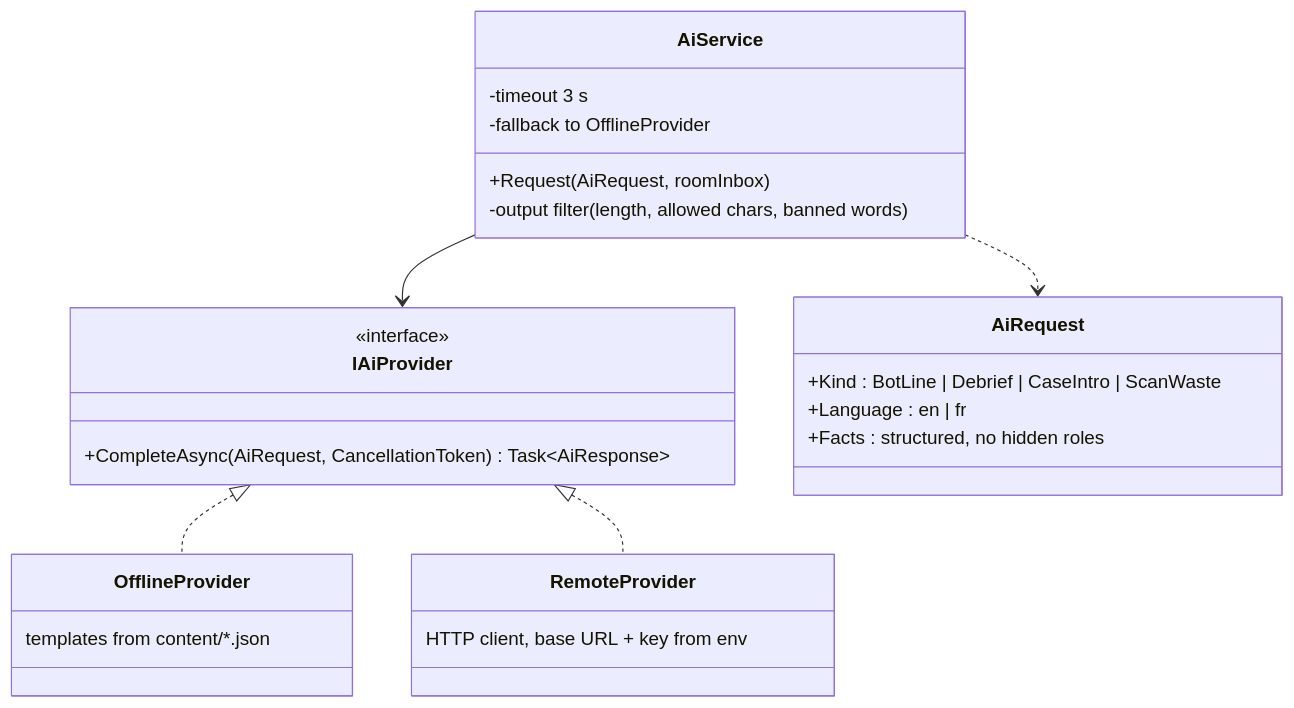
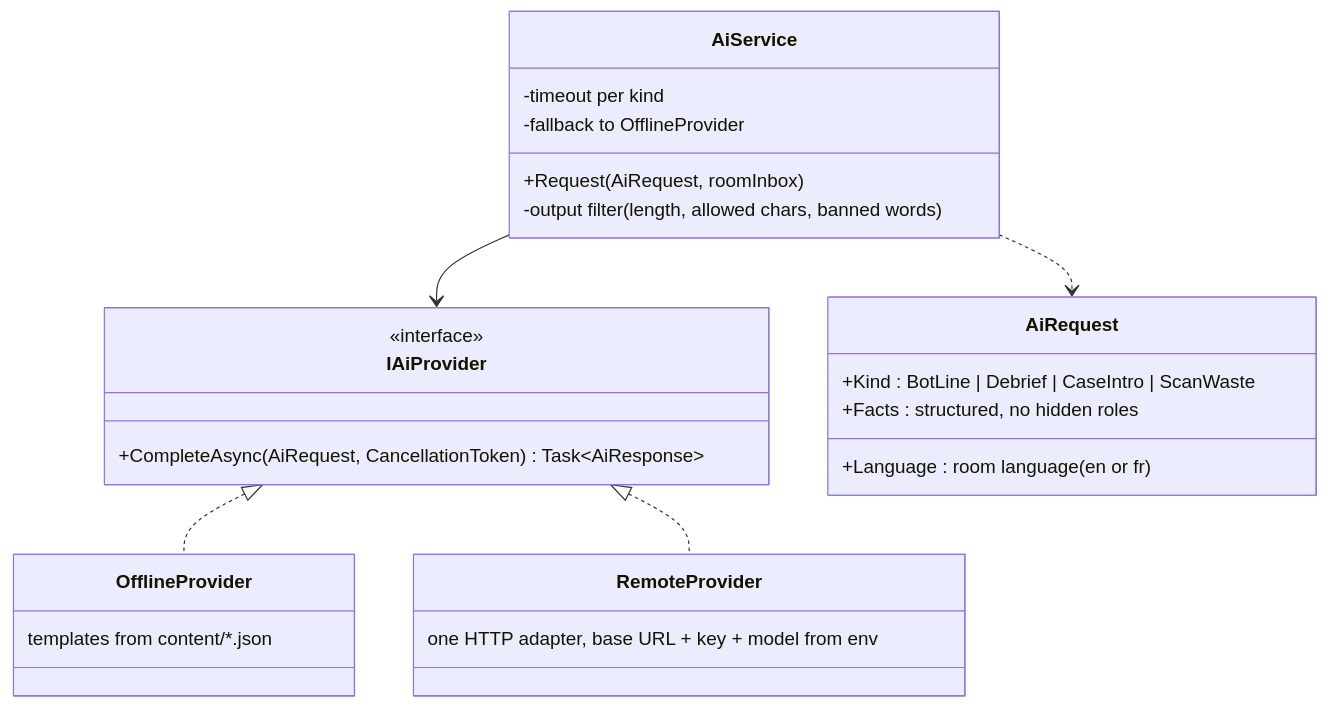
Before and after one commit to Faouzi-Blibech/EcoSus-Uncycled: the fifth of 5 diagrams in docs/architecture/06-bots-and-ai.md, drawn with Mermaid. The commit also changed other lines of this file and 11 other files, not shown here.

Commit message:
docs: second design review (2026-11-14) for the architecture views and the design spec

````diff
--- a/docs/architecture/06-bots-and-ai.md
+++ b/docs/architecture/06-bots-and-ai.md
@@ -114,28 +146,28 @@
 ```mermaid
 classDiagram
     class IAiProvider {
         <<interface>>
         +CompleteAsync(AiRequest, CancellationToken) Task~AiResponse~
     }
     class OfflineProvider {
         templates from content/*.json
     }
     class RemoteProvider {
-        HTTP client, base URL + key from env
+        one HTTP adapter, base URL + key + model from env
     }
     class AiService {
         +Request(AiRequest, roomInbox)
-        -timeout 3 s
+        -timeout per kind
         -fallback to OfflineProvider
         -output filter (length, allowed chars, banned words)
     }
     class AiRequest {
         +Kind : BotLine | Debrief | CaseIntro | ScanWaste
-        +Language : en | fr
+        +Language : room language (en or fr)
         +Facts : structured, no hidden roles
     }
     IAiProvider <|.. OfflineProvider
     IAiProvider <|.. RemoteProvider
     AiService --> IAiProvider
     AiService ..> AiRequest
 ```
````
